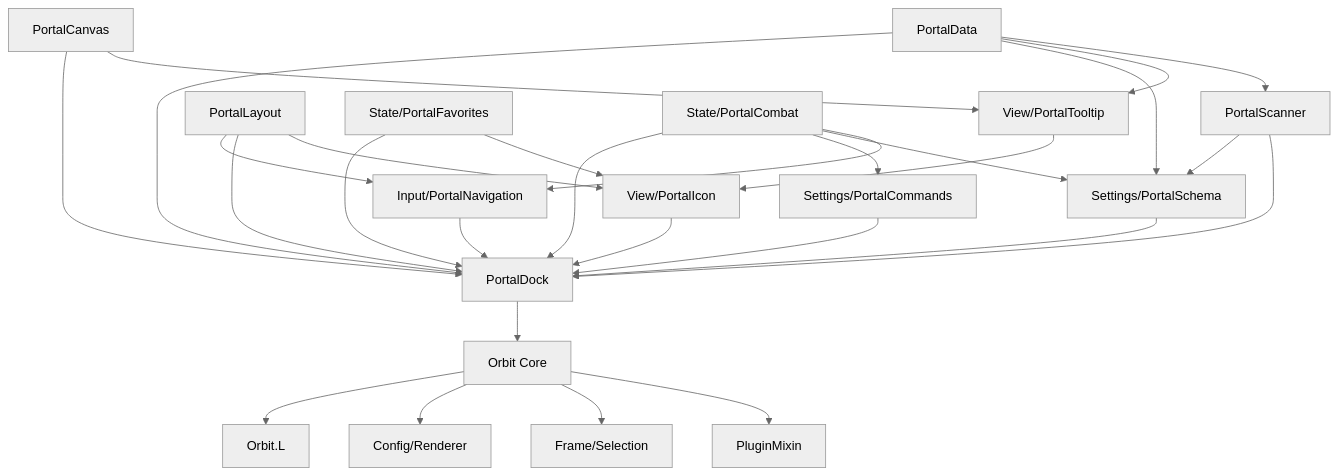
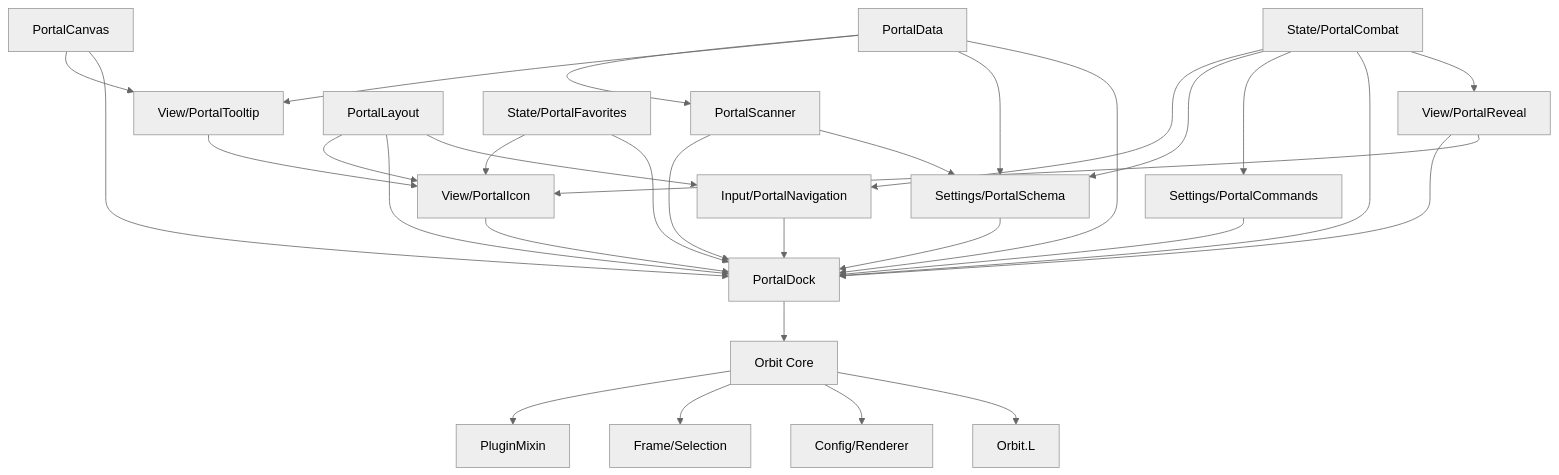
Before and after one commit to MoONSHO7/Orbit-Dock-Portal: the diagram in README.md, drawn with Mermaid (neutral theme). The commit also changed other lines of this file and 11 other files, not shown here.

````diff
--- a/README.md
+++ b/README.md
@@ -50,37 +52,40 @@
 ```mermaid
 graph TD
     PD[PortalData] --> Scanner[PortalScanner]
     PD --> Tooltip[View/PortalTooltip]
     PD --> Schema[Settings/PortalSchema]
     PD --> Dock[PortalDock]
 
     Layout[PortalLayout] --> Icon[View/PortalIcon]
     Layout --> Dock
     Layout --> Nav[Input/PortalNavigation]
 
     Canvas[PortalCanvas] --> Tooltip
     Canvas --> Dock
 
     Scanner --> Dock
     Scanner --> Schema
 
     Favorites[State/PortalFavorites] --> Icon
     Favorites --> Dock
 
     Combat[State/PortalCombat] --> Nav
     Combat --> Schema
     Combat --> Commands[Settings/PortalCommands]
     Combat --> Dock
 
     Tooltip --> Icon
     Icon --> Dock
+    Reveal[View/PortalReveal] --> Dock
+    Reveal --> Icon
+    Combat --> Reveal
     Nav --> Dock
     Schema --> Dock
     Commands --> Dock
 
     Dock --> OrbitCore[Orbit Core]
     OrbitCore --> PluginMixin[PluginMixin]
     OrbitCore --> Frame[Frame/Selection]
     OrbitCore --> Config[Config/Renderer]
     OrbitCore --> L[Orbit.L]
 ```
````
